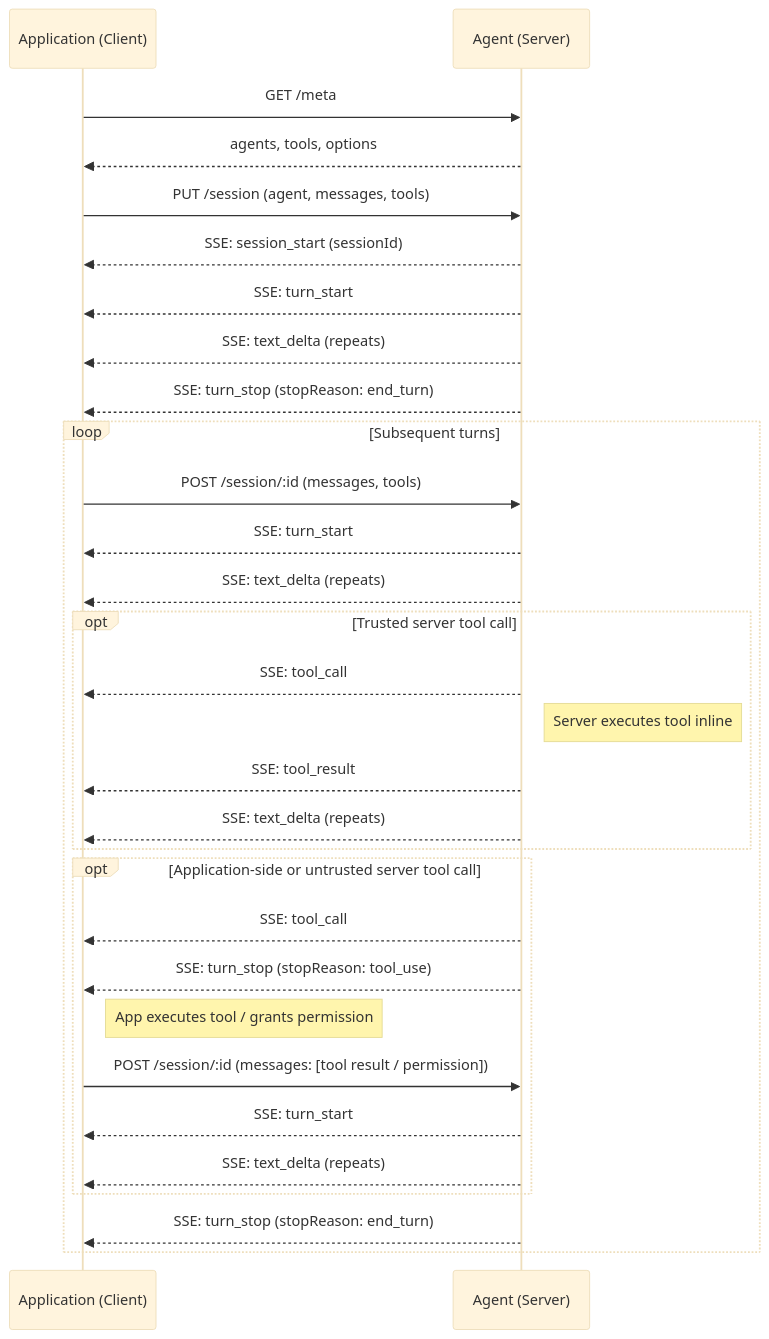
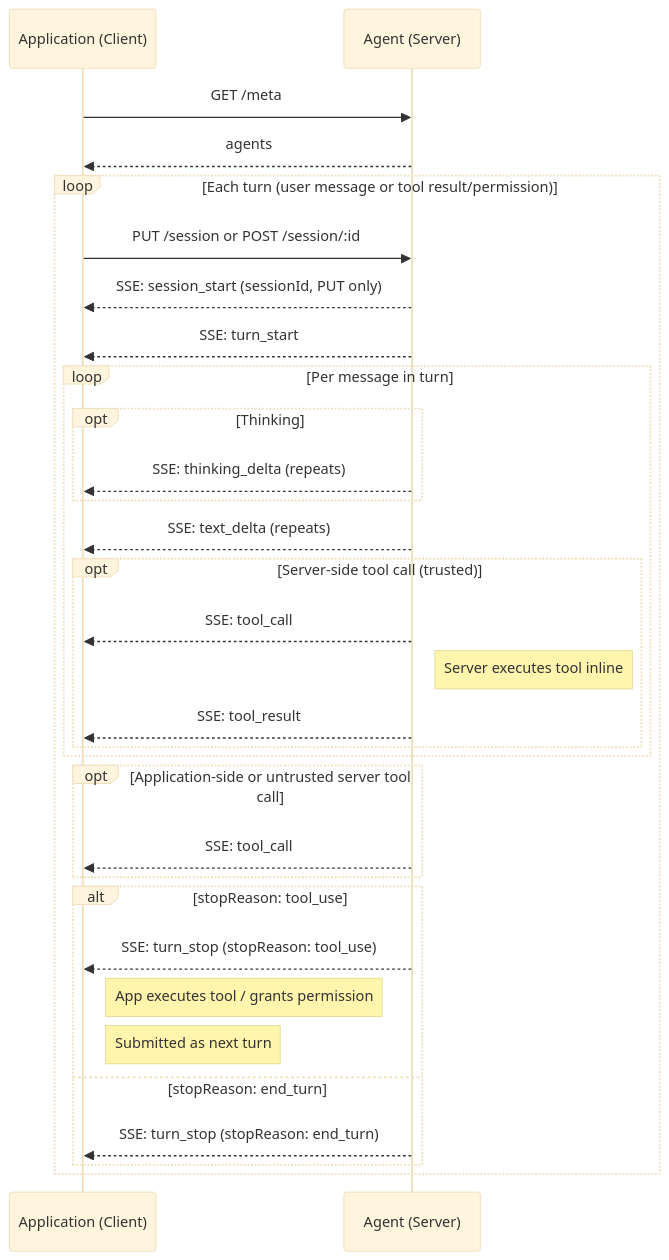
The diagram in docs/response.md (agentapplicationprotocol/agent-application-protocol), drawn with Mermaid (base theme) before and after one commit. The commit also changed other lines of this file, not shown here.

Commit message:
docs: improve response mode descriptions, tool_result scope, and sequence diagram

````diff
--- a/docs/response.md
+++ b/docs/response.md
@@ -309,35 +309,35 @@
 ```mermaid
 sequenceDiagram
     participant App as Application (Client)
     participant Agent as Agent (Server)
 
     App->>Agent: GET /meta
-    Agent-->>App: agents, tools, options
+    Agent-->>App: agents
 
-    App->>Agent: PUT /session (agent, messages, tools)
-    Agent-->>App: SSE: session_start (sessionId)
-    Agent-->>App: SSE: turn_start
-    Agent-->>App: SSE: text_delta (repeats)
-    Agent-->>App: SSE: turn_stop (stopReason: end_turn)
-
-    loop Subsequent turns
-        App->>Agent: POST /session/:id (messages, tools)
+    loop Each turn (user message or tool result/permission)
+        App->>Agent: PUT /session or POST /session/:id
+        Agent-->>App: SSE: session_start (sessionId, PUT only)
         Agent-->>App: SSE: turn_start
-        Agent-->>App: SSE: text_delta (repeats)
-        opt Trusted server tool call
-            Agent-->>App: SSE: tool_call
-            Note right of Agent: Server executes tool inline
-            Agent-->>App: SSE: tool_result
+        loop Per message in turn
+            opt Thinking
+                Agent-->>App: SSE: thinking_delta (repeats)
+            end
             Agent-->>App: SSE: text_delta (repeats)
+            opt Server-side tool call (trusted)
+                Agent-->>App: SSE: tool_call
+                Note right of Agent: Server executes tool inline
+                Agent-->>App: SSE: tool_result
+            end
         end
         opt Application-side or untrusted server tool call
             Agent-->>App: SSE: tool_call
+        end
+        alt stopReason: tool_use
             Agent-->>App: SSE: turn_stop (stopReason: tool_use)
             Note right of App: App executes tool / grants permission
-            App->>Agent: POST /session/:id (messages: [tool result / permission])
-            Agent-->>App: SSE: turn_start
-            Agent-->>App: SSE: text_delta (repeats)
+            Note right of App: Submitted as next turn
+        else stopReason: end_turn
+            Agent-->>App: SSE: turn_stop (stopReason: end_turn)
         end
-        Agent-->>App: SSE: turn_stop (stopReason: end_turn)
     end
 ```
````
